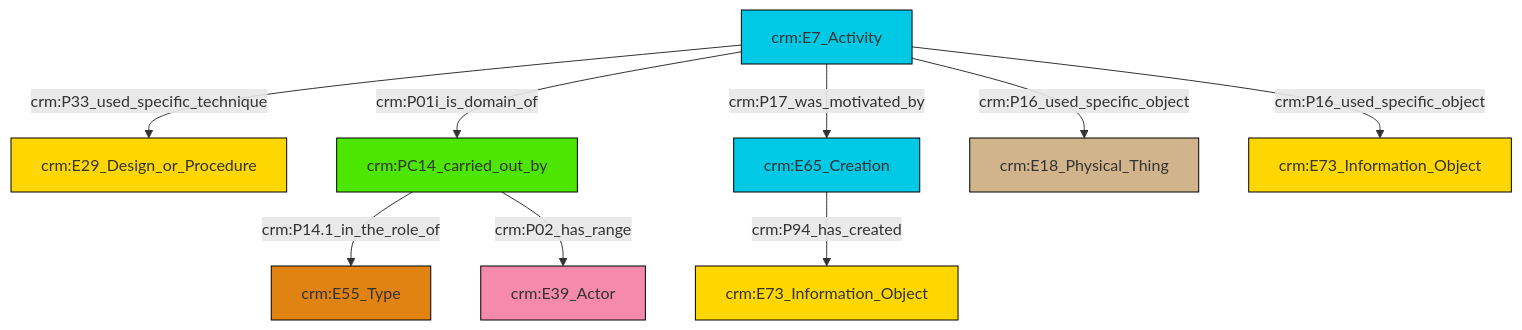
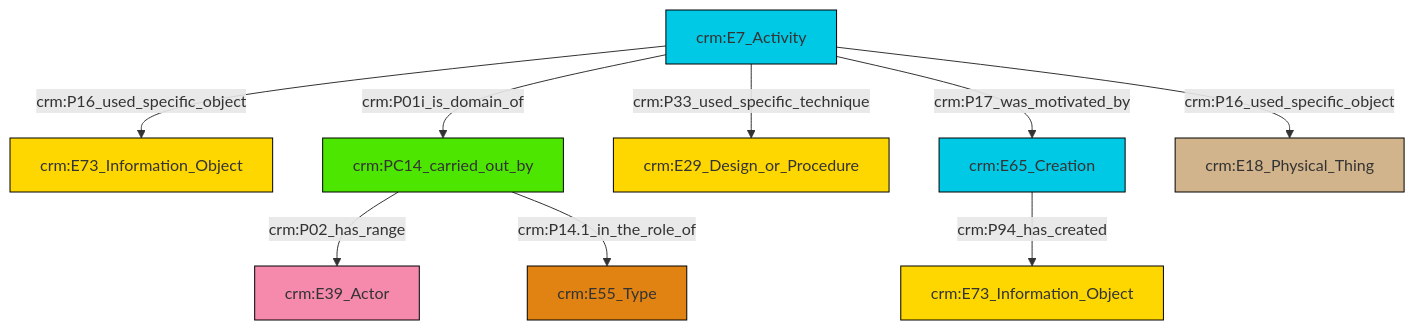
One commit to swiss-art-research-net/reference-data-models changed the diagram in et/eventCSV/ttl/mmd/event_participation.ttl.mmd. Above: the diagram before and after it, drawn with Mermaid. The commit also changed 128 other files, not shown here.

```diff
--- a/et/eventCSV/ttl/mmd/event_participation.ttl.mmd
+++ b/et/eventCSV/ttl/mmd/event_participation.ttl.mmd
@@ -1,23 +1,23 @@
 graph TD
 classDef Literal fill:#f2f2f2,stroke:#000000;
 classDef CRM_Entity fill:#FFFFFF,stroke:#000000;
 classDef Temporal_Entity fill:#00C9E6, stroke:#000000;
 classDef Type fill:#E18312, stroke:#000000;
 classDef Time-Span fill:#2C9C91, stroke:#000000;
 classDef Appellation fill:#FFEB7F, stroke:#000000;
 classDef Place fill:#008836, stroke:#000000;
 classDef Persistent_Item fill:#B266B2, stroke:#000000;
 classDef Conceptual_Object fill:#FFD700, stroke:#000000;
 classDef Physical_Thing fill:#D2B48C, stroke:#000000;
 classDef Actor fill:#f58aad, stroke:#000000;
 classDef PC_Classes fill:#4ce600, stroke:#000000;
 classDef Multi fill:#cccccc,stroke:#000000;
 
-0["crm:E7_Activity"]:::Temporal_Entity -->|crm:P33_used_specific_technique| 1["crm:E29_Design_or_Procedure"]:::Conceptual_Object
-4["crm:PC14_carried_out_by"]:::PC_Classes -->|crm:P14.1_in_the_role_of| 5["crm:E55_Type"]:::Type
-0["crm:E7_Activity"]:::Temporal_Entity -->|crm:P01i_is_domain_of| 4["crm:PC14_carried_out_by"]:::PC_Classes
-0["crm:E7_Activity"]:::Temporal_Entity -->|crm:P16_used_specific_object| 13["crm:E73_Information_Object"]:::Conceptual_Object
-0["crm:E7_Activity"]:::Temporal_Entity -->|crm:P16_used_specific_object| 10["crm:E18_Physical_Thing"]:::Physical_Thing
-8["crm:E65_Creation"]:::Temporal_Entity -->|crm:P94_has_created| 2["crm:E73_Information_Object"]:::Conceptual_Object
-4["crm:PC14_carried_out_by"]:::PC_Classes -->|crm:P02_has_range| 6["crm:E39_Actor"]:::Actor
-0["crm:E7_Activity"]:::Temporal_Entity -->|crm:P17_was_motivated_by| 8["crm:E65_Creation"]:::Temporal_Entity
+2["crm:E7_Activity"]:::Temporal_Entity -->|crm:P16_used_specific_object| 3["crm:E73_Information_Object"]:::Conceptual_Object
+4["crm:PC14_carried_out_by"]:::PC_Classes -->|crm:P02_has_range| 5["crm:E39_Actor"]:::Actor
+2["crm:E7_Activity"]:::Temporal_Entity -->|crm:P33_used_specific_technique| 6["crm:E29_Design_or_Procedure"]:::Conceptual_Object
+4["crm:PC14_carried_out_by"]:::PC_Classes -->|crm:P14.1_in_the_role_of| 9["crm:E55_Type"]:::Type
+2["crm:E7_Activity"]:::Temporal_Entity -->|crm:P01i_is_domain_of| 4["crm:PC14_carried_out_by"]:::PC_Classes
+7["crm:E65_Creation"]:::Temporal_Entity -->|crm:P94_has_created| 0["crm:E73_Information_Object"]:::Conceptual_Object
+2["crm:E7_Activity"]:::Temporal_Entity -->|crm:P17_was_motivated_by| 7["crm:E65_Creation"]:::Temporal_Entity
+2["crm:E7_Activity"]:::Temporal_Entity -->|crm:P16_used_specific_object| 13["crm:E18_Physical_Thing"]:::Physical_Thing
```
